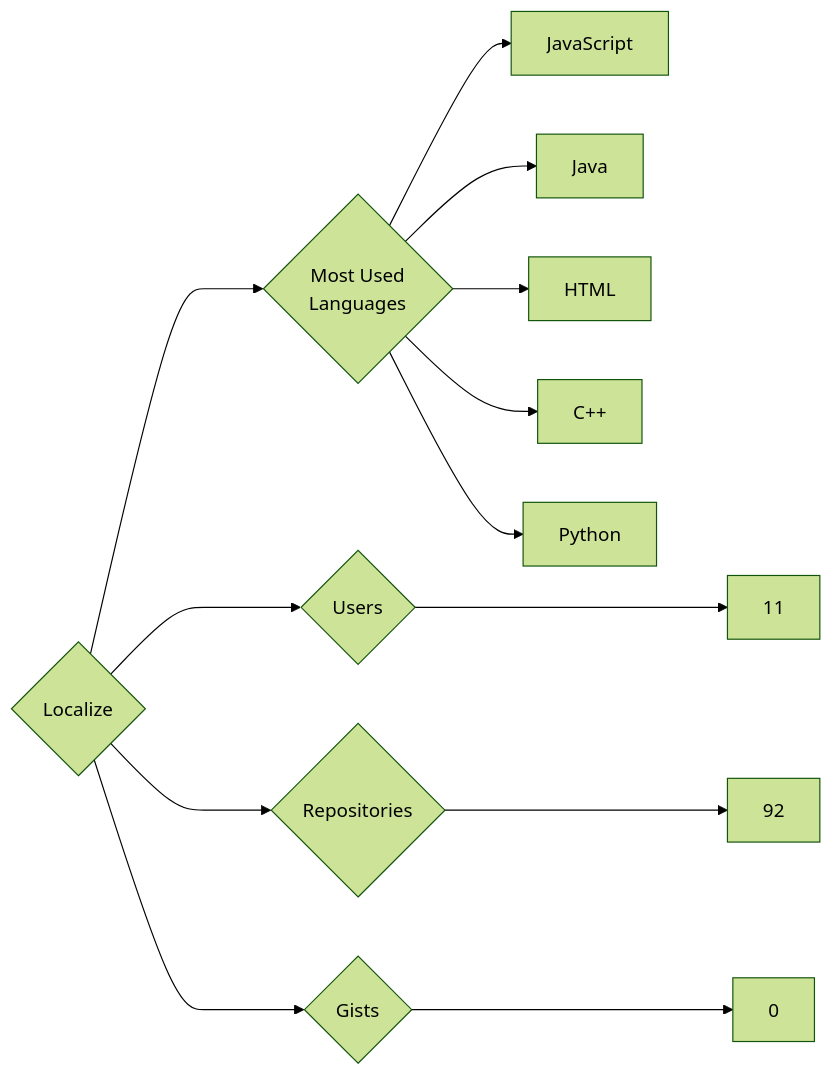
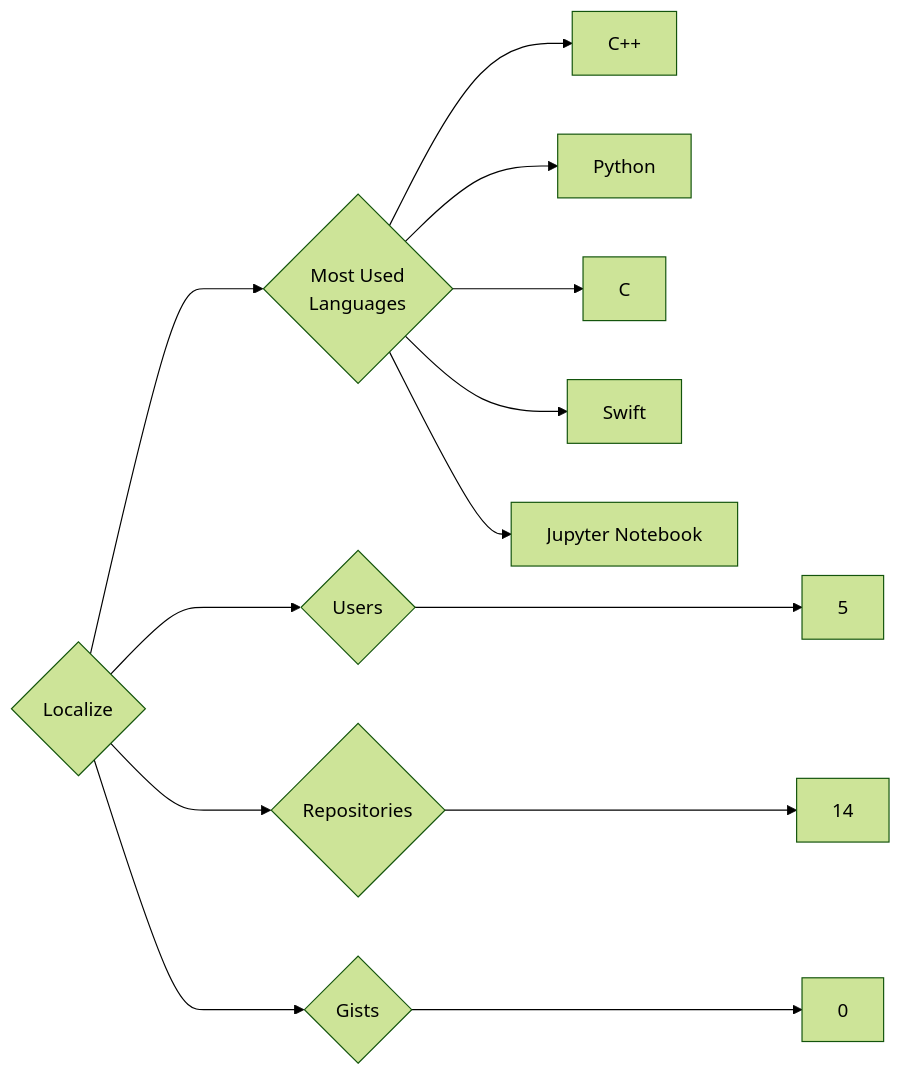
One commit to trickest/insiders changed the diagram in targets/Localize/README.md. Above: the diagram before and after it, drawn with Mermaid (forest theme). The commit also changed 914 other files, not shown here.

````diff
--- a/targets/Localize/README.md
+++ b/targets/Localize/README.md
@@ -3,13 +3,13 @@
 ```mermaid
 graph LR
 COMPANY_NAME{Localize}
-COMPANY_NAME ---> U{Users} ---> UN[11]
-COMPANY_NAME ---> R{Repositories} ---> RN[92]
+COMPANY_NAME ---> U{Users} ---> UN[5]
+COMPANY_NAME ---> R{Repositories} ---> RN[14]
 COMPANY_NAME ---> G{Gists} ---> GN[0]
 COMPANY_NAME ---> ML{Most Used<br>Languages}
-ML --> JavaScript[JavaScript]
-ML --> Java[Java]
-ML --> HTML[HTML]
 ML --> C++[C++]
 ML --> Python[Python]
+ML --> C[C]
+ML --> Swift[Swift]
+ML --> Jupyter_Notebook[Jupyter Notebook]
 ```
````
